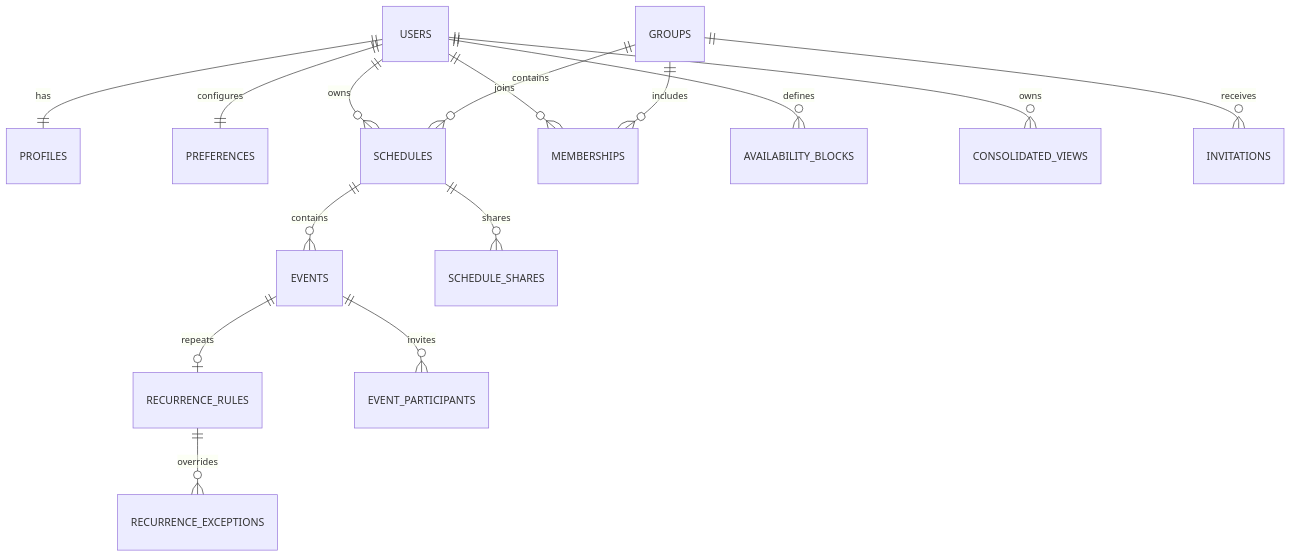
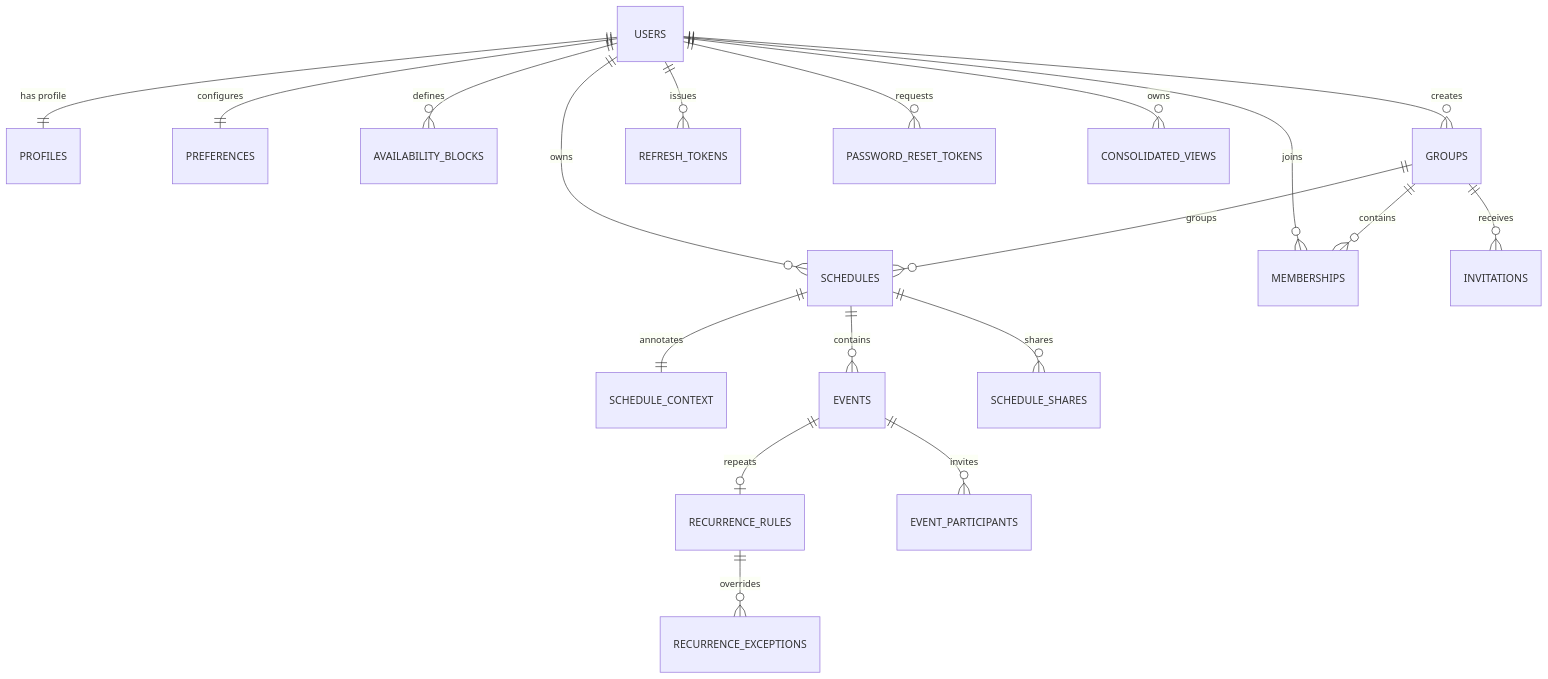
Before and after one commit to CDJ-Builders/SchedulaV1: the diagram in docs/schemas/SCHEDULA_DB_SCHEMA.md, drawn with Mermaid. The commit also changed other lines of this file and 6 other files, not shown here.

````diff
--- a/docs/schemas/SCHEDULA_DB_SCHEMA.md
+++ b/docs/schemas/SCHEDULA_DB_SCHEMA.md
@@ -7,17 +9,21 @@
 ```mermaid
 erDiagram
-    USERS ||--|| PROFILES : has
-    USERS ||--|| PREFERENCES : configures
-    USERS ||--o{ SCHEDULES : owns
-    GROUPS ||--o{ SCHEDULES : contains
-    USERS ||--o{ MEMBERSHIPS : joins
-    GROUPS ||--o{ MEMBERSHIPS : includes
-    SCHEDULES ||--o{ EVENTS : contains
-    EVENTS ||--o| RECURRENCE_RULES : repeats
-    RECURRENCE_RULES ||--o{ RECURRENCE_EXCEPTIONS : overrides
-    USERS ||--o{ AVAILABILITY_BLOCKS : defines
-    EVENTS ||--o{ EVENT_PARTICIPANTS : invites
-    SCHEDULES ||--o{ SCHEDULE_SHARES : shares
-    USERS ||--o{ CONSOLIDATED_VIEWS : owns
-    GROUPS ||--o{ INVITATIONS : receives
+    USERS ||--|| PROFILES : "has profile"
+    USERS ||--|| PREFERENCES : "configures"
+    USERS ||--o{ SCHEDULES : "owns"
+    USERS ||--o{ AVAILABILITY_BLOCKS : "defines"
+    USERS ||--o{ GROUPS : "creates"
+    USERS ||--o{ MEMBERSHIPS : "joins"
+    USERS ||--o{ REFRESH_TOKENS : "issues"
+    USERS ||--o{ PASSWORD_RESET_TOKENS : "requests"
+    GROUPS ||--o{ MEMBERSHIPS : "contains"
+    GROUPS ||--o{ SCHEDULES : "groups"
+    GROUPS ||--o{ INVITATIONS : "receives"
+    SCHEDULES ||--|| SCHEDULE_CONTEXT : "annotates"
+    SCHEDULES ||--o{ EVENTS : "contains"
+    SCHEDULES ||--o{ SCHEDULE_SHARES : "shares"
+    EVENTS ||--o| RECURRENCE_RULES : "repeats"
+    RECURRENCE_RULES ||--o{ RECURRENCE_EXCEPTIONS : "overrides"
+    EVENTS ||--o{ EVENT_PARTICIPANTS : "invites"
+    USERS ||--o{ CONSOLIDATED_VIEWS : "owns"
 ```
````
